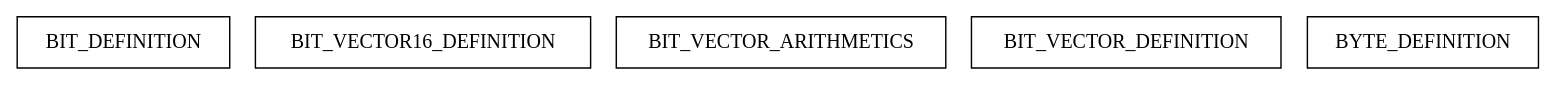
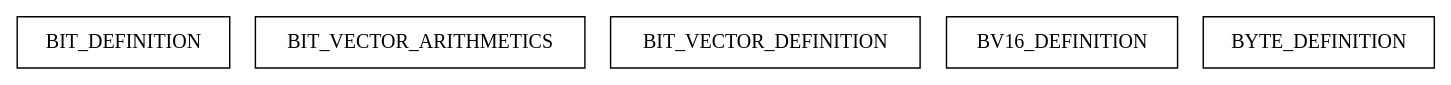
One commit to ValerioMedeiros/b2asm changed the diagram in developments/Hardware_Library/bdp/Hardware_Library.dot. Above: the diagram before and after it, drawn with Graphviz. The commit also changed 28 other files, not shown here.

```diff
--- a/developments/Hardware_Library/bdp/Hardware_Library.dot
+++ b/developments/Hardware_Library/bdp/Hardware_Library.dot
@@ -1,8 +1,8 @@
 digraph {
 BIT_DEFINITION [ label=" BIT_DEFINITION " shape= box ]
-BIT_VECTOR16_DEFINITION [ label=" BIT_VECTOR16_DEFINITION " shape= box ]
 BIT_VECTOR_ARITHMETICS [ label=" BIT_VECTOR_ARITHMETICS " shape= box ]
 BIT_VECTOR_DEFINITION [ label=" BIT_VECTOR_DEFINITION " shape= box ]
+BV16_DEFINITION [ label=" BV16_DEFINITION " shape= box ]
 BYTE_DEFINITION [ label=" BYTE_DEFINITION " shape= box ]
 
 }
```
